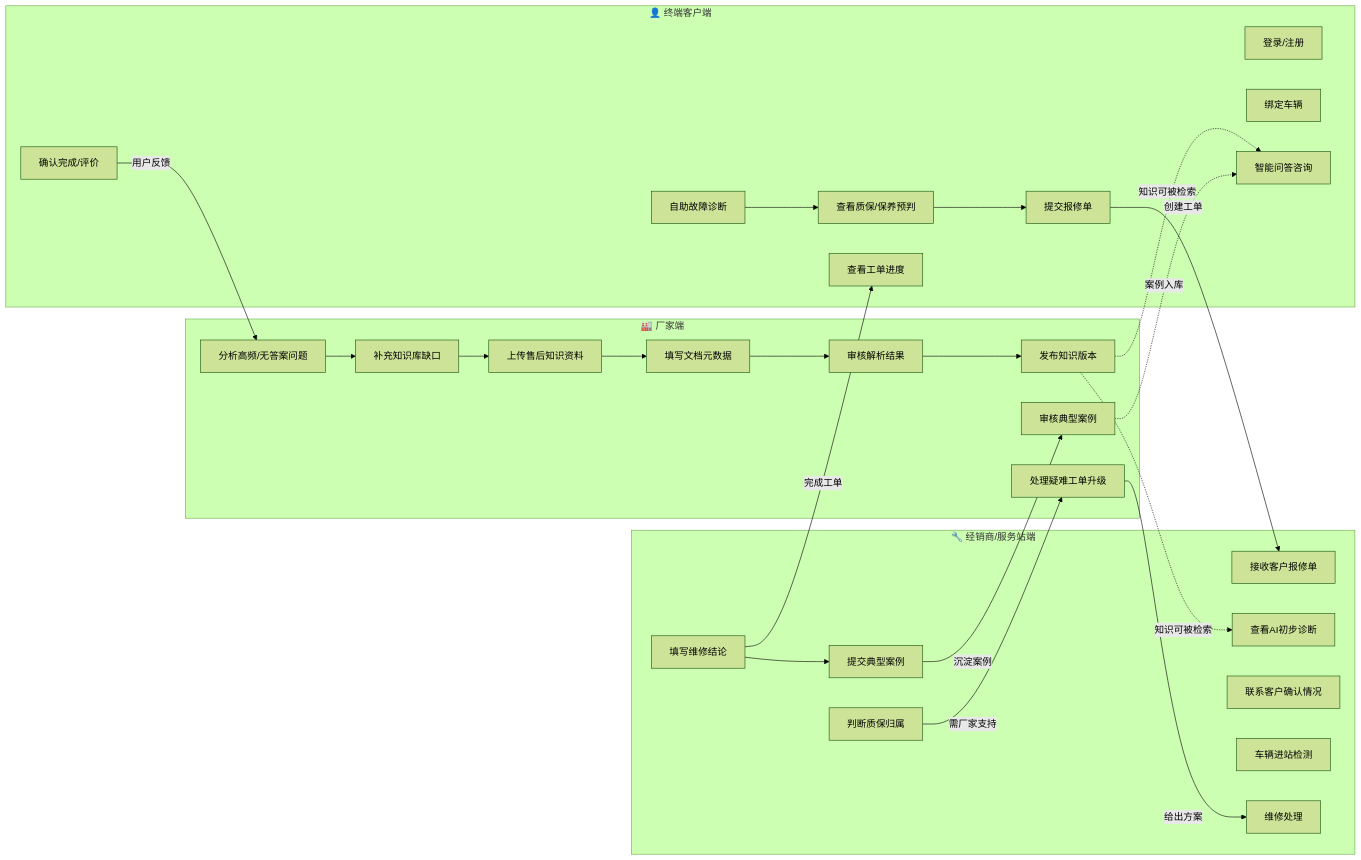
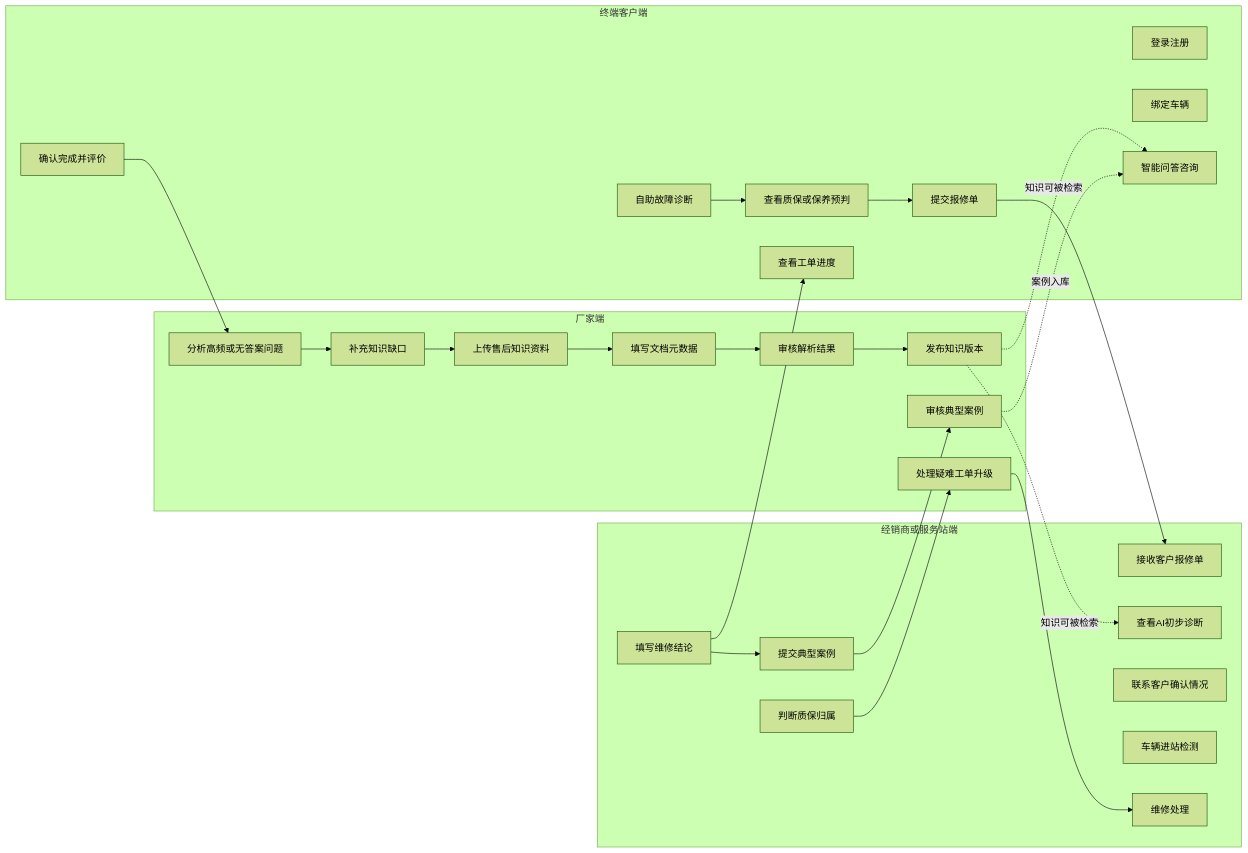
The diagram in flows/03_业务流程/02_角色分工流程.md (evanwusibin/auto-carcrm), drawn with Mermaid (forest theme) before and after one commit. The commit also changed other lines of this file and 229 other files, not shown here.

````diff
--- a/flows/03_业务流程/02_角色分工流程.md
+++ b/flows/03_业务流程/02_角色分工流程.md
@@ -7,50 +9,50 @@
 ```mermaid
 flowchart LR
-    subgraph Factory["🏭 厂家端"]
+    subgraph Factory[厂家端]
         F1[上传售后知识资料]
         F2[填写文档元数据]
         F3[审核解析结果]
         F4[发布知识版本]
         F5[审核典型案例]
         F6[处理疑难工单升级]
-        F7[分析高频/无答案问题]
-        F8[补充知识库缺口]
+        F7[分析高频或无答案问题]
+        F8[补充知识缺口]
     end
 
-    subgraph Dealer["🔧 经销商/服务站端"]
+    subgraph Dealer[经销商或服务站端]
         D1[接收客户报修单]
         D2[查看AI初步诊断]
         D3[联系客户确认情况]
         D4[车辆进站检测]
         D5[判断质保归属]
         D6[维修处理]
         D7[填写维修结论]
         D8[提交典型案例]
     end
 
-    subgraph Customer["👤 终端客户端"]
-        C1[登录/注册]
+    subgraph Customer[终端客户端]
+        C1[登录注册]
         C2[绑定车辆]
         C3[智能问答咨询]
         C4[自助故障诊断]
-        C5[查看质保/保养预判]
+        C5[查看质保或保养预判]
         C6[提交报修单]
         C7[查看工单进度]
-        C8[确认完成/评价]
+        C8[确认完成并评价]
     end
 
     F1 --> F2 --> F3 --> F4
-    F4 -.->|知识可被检索| C3
-    F4 -.->|知识可被检索| D2
-    F5 -.->|案例入库| C3
+    F4 -. 知识可被检索 .-> C3
+    F4 -. 知识可被检索 .-> D2
+    F5 -. 案例入库 .-> C3
 
     C4 --> C5 --> C6
-    C6 -->|创建工单| D1
+    C6 --> D1
     D7 --> D8
-    D8 -->|沉淀案例| F5
-    D5 -->|需厂家支持| F6
-    F6 -->|给出方案| D6
-    D7 -->|完成工单| C7
-    C8 -->|用户反馈| F7
+    D8 --> F5
+    D5 --> F6
+    F6 --> D6
+    D7 --> C7
+    C8 --> F7
     F7 --> F8 --> F1
 ```
````
